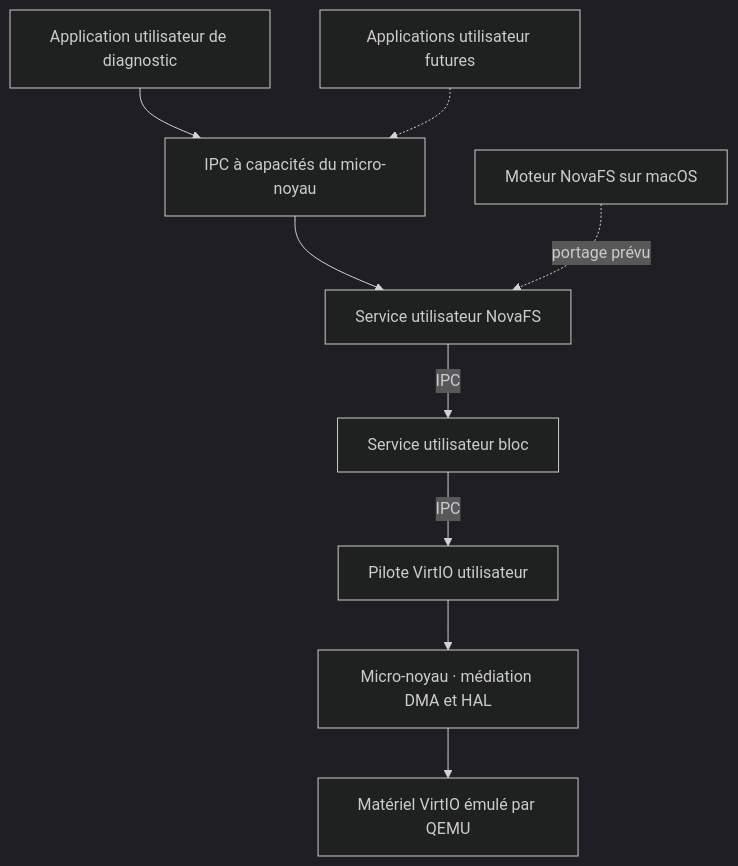
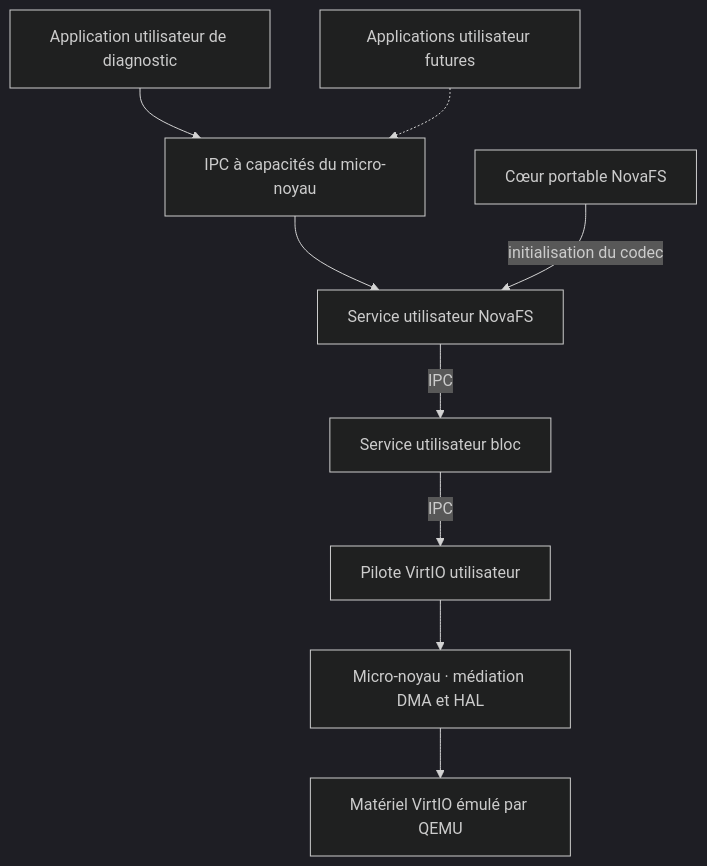
The diagram in README.md (NaviStorm/NovaOS), drawn with Mermaid (dark theme) before and after one commit. The commit also changed other lines of this file and 61 other files, not shown here.

Commit message:
NovaOS v0.10.0 — Préparation v0.11.0 : mémoire utilisateur et cœur NovaFS portable

````diff
--- a/README.md
+++ b/README.md
@@ -15,11 +15,11 @@
 ```mermaid
 flowchart TD
     app[Application utilisateur de diagnostic] --> ipc[IPC à capacités du micro-noyau]
     apps[Applications utilisateur futures] -.-> ipc
     ipc --> fs[Service utilisateur NovaFS]
     fs -->|IPC| bloc[Service utilisateur bloc]
-    moteur[Moteur NovaFS sur macOS] -.->|portage prévu| fs
+    moteur[Cœur portable NovaFS] -->|initialisation du codec| fs
     bloc -->|IPC| pilote[Pilote VirtIO utilisateur]
     pilote --> noyau[Micro-noyau · médiation DMA et HAL]
     noyau --> materiel[Matériel VirtIO émulé par QEMU]
 ```
````
